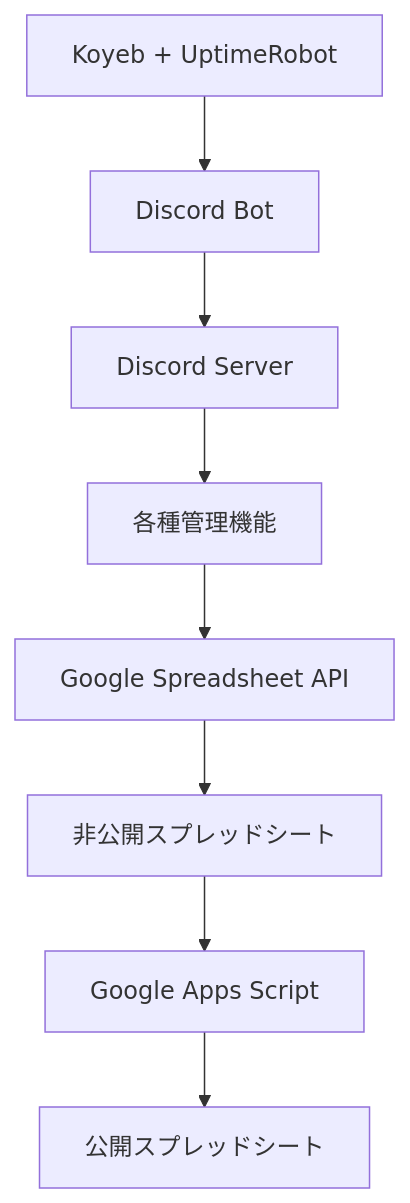
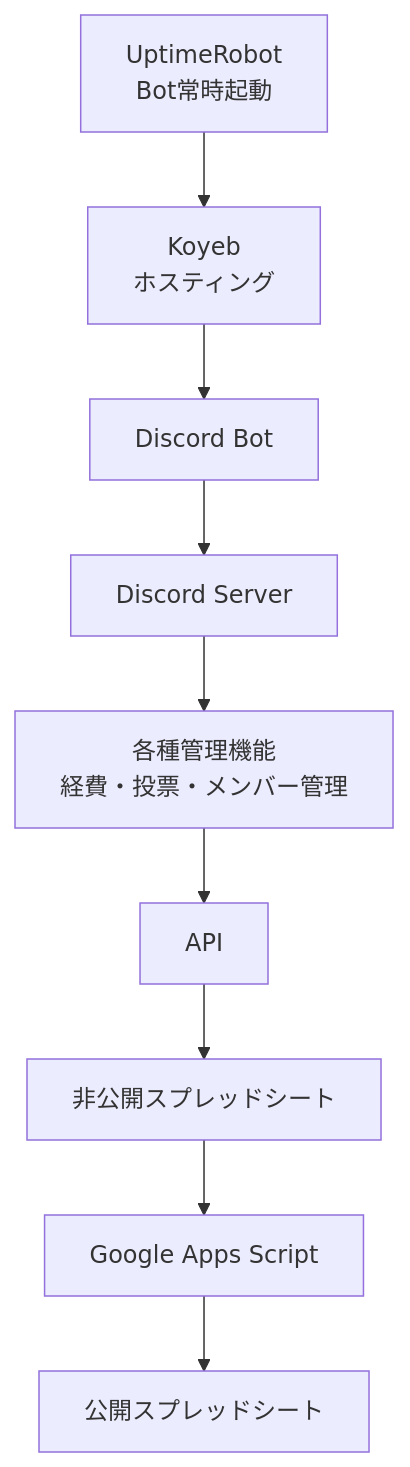
One commit to OU-sakumon/Discord-Bot changed the diagram in README.md. Above: the diagram before and after it, drawn with Mermaid. The commit also changed other lines of this file, not shown here.

Commit message:
README.mdの更新

````diff
--- a/README.md
+++ b/README.md
@@ -66,10 +66,11 @@
 ```mermaid
 graph TD
-    A[Discord Bot] --> B[Discord Server]
-    B --> C[各種管理機能]
-    C --> D[Google Spreadsheet API]
-    D --> E[非公開スプレッドシート]
-    E --> F[Google Apps Script]
-    F --> G[公開スプレッドシート]
-    H[Koyeb + UptimeRobot] --> A
+    A["Discord Bot"] --> B["Discord Server"]
+    B --> C["各種管理機能<br/>経費・投票・メンバー管理"]
+    C --> D["API"]
+    D --> E["非公開スプレッドシート"]
+    E --> F["Google Apps Script"]
+    F --> G["公開スプレッドシート"]
+    H["Koyeb<br/>ホスティング"] --> A
+    I["UptimeRobot<br/>Bot常時起動"] --> H
 ```
````
